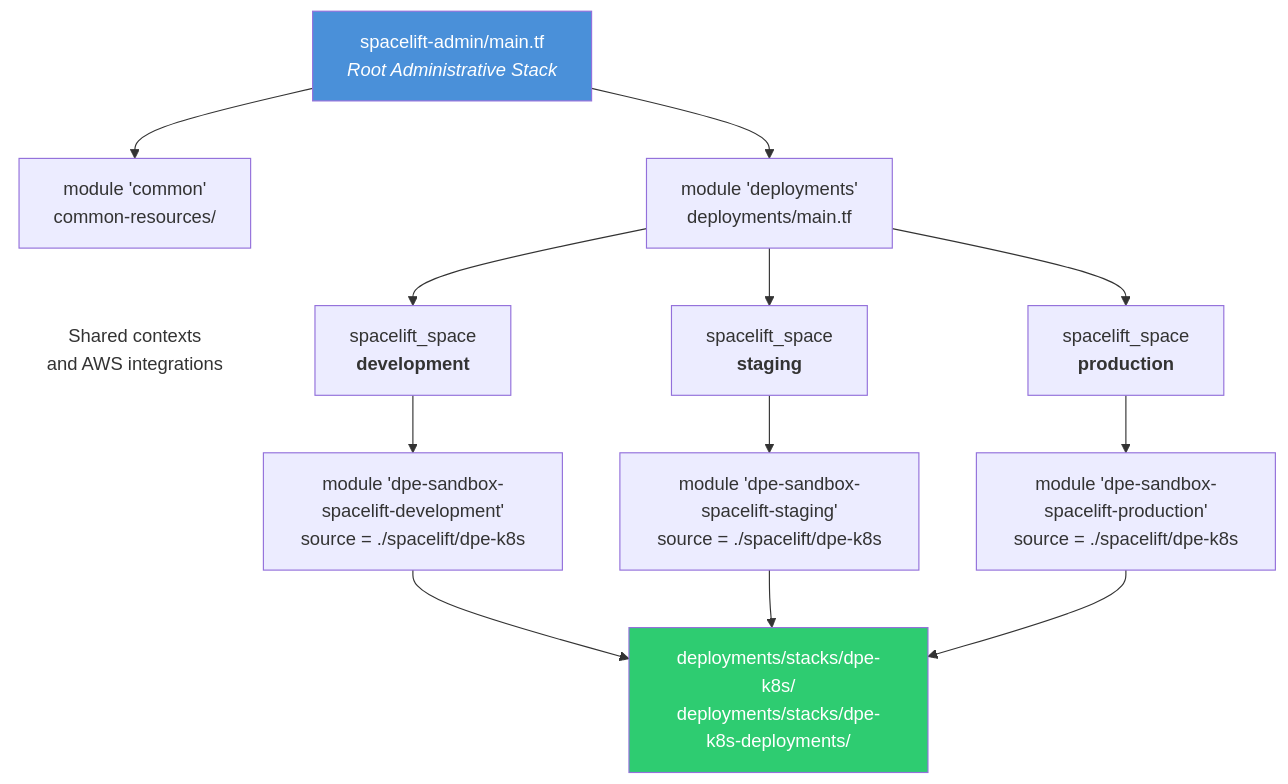
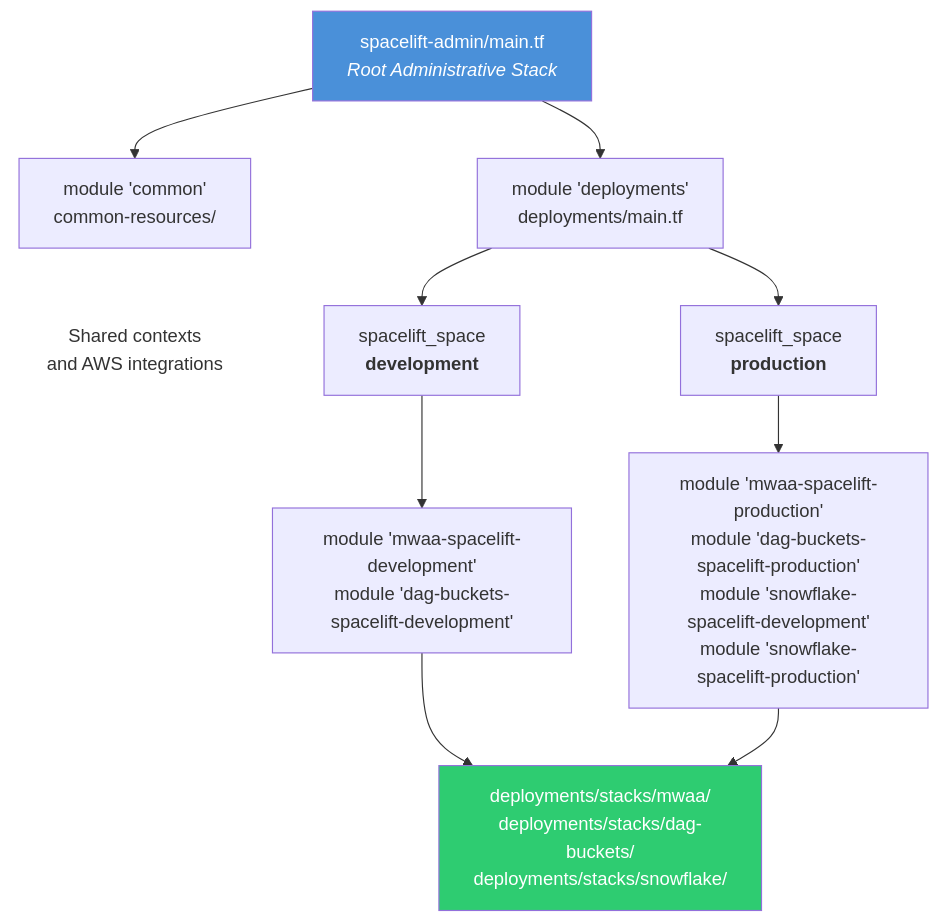
The diagram in README.md (Sage-Bionetworks-Workflows/eks-stack), drawn with Mermaid before and after one commit. The commit also changed other lines of this file and 128 other files, not shown here.

````diff
--- a/README.md
+++ b/README.md
@@ -53,23 +53,20 @@
 ```mermaid
 graph TD
     ROOT["spacelift-admin/main.tf<br/><i>Root Administrative Stack</i>"] --> COMMON["module 'common'<br/>common-resources/"]
     ROOT --> DEPLOY["module 'deployments'<br/>deployments/main.tf"]
 
     COMMON ~~~ NOTE_C["Shared contexts<br/>and AWS integrations"]
 
     DEPLOY --> DEV["spacelift_space<br/><b>development</b>"]
-    DEPLOY --> STG["spacelift_space<br/><b>staging</b>"]
     DEPLOY --> PROD["spacelift_space<br/><b>production</b>"]
 
-    DEV --> DEV_MOD["module 'dpe-sandbox-spacelift-development'<br/>source = ./spacelift/dpe-k8s"]
-    STG --> STG_MOD["module 'dpe-sandbox-spacelift-staging'<br/>source = ./spacelift/dpe-k8s"]
-    PROD --> PROD_MOD["module 'dpe-sandbox-spacelift-production'<br/>source = ./spacelift/dpe-k8s"]
+    DEV --> DEV_MOD["module 'mwaa-spacelift-development'<br/>module 'dag-buckets-spacelift-development'"]
+    PROD --> PROD_MOD["module 'mwaa-spacelift-production'<br/>module 'dag-buckets-spacelift-production'<br/>module 'snowflake-spacelift-development'<br/>module 'snowflake-spacelift-production'"]
 
-    DEV_MOD --> STACKS["deployments/stacks/dpe-k8s/<br/>deployments/stacks/dpe-k8s-deployments/"]
-    STG_MOD --> STACKS
+    DEV_MOD --> STACKS["deployments/stacks/mwaa/<br/>deployments/stacks/dag-buckets/<br/>deployments/stacks/snowflake/"]
     PROD_MOD --> STACKS
 
     style ROOT fill:#4a90d9,color:#fff
     style STACKS fill:#2ecc71,color:#fff
     style NOTE_C fill:none,stroke:none
 ```
````
